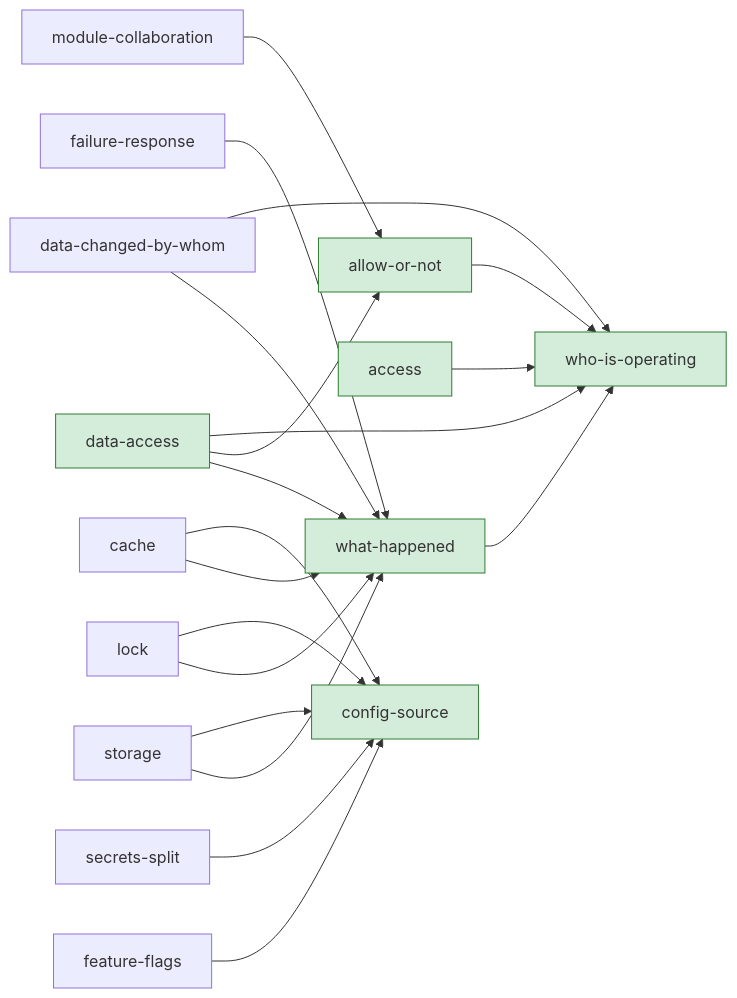
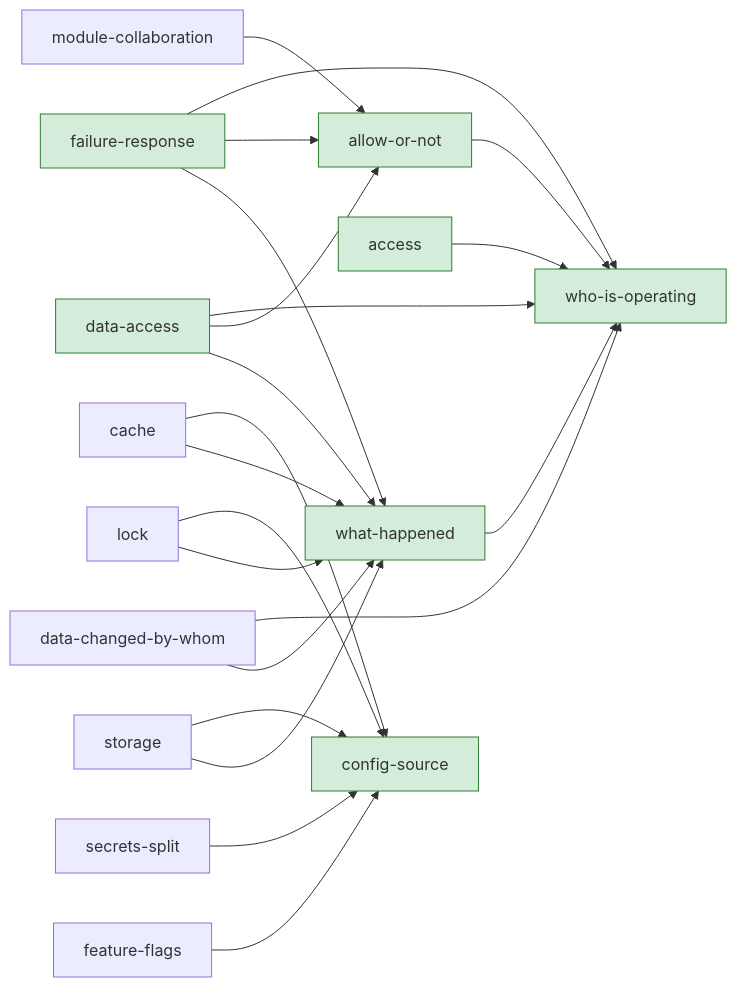
The second of 2 diagrams in docs/architecture/views.md (helloworldtang/leitu), drawn with Mermaid before and after one commit. The commit also changed other lines of this file and 16 other files, not shown here.

Commit message:
feat(core): 失败交代——第七条五件套答案（FailureNotice 交代结构/脱敏默认/判定链对齐；failure-response answered，五条无条件必答齐）

````diff
--- a/docs/architecture/views.md
+++ b/docs/architecture/views.md
@@ -51,28 +51,31 @@
 ```mermaid
 graph LR
   allow-or-not --> who-is-operating
   what-happened --> who-is-operating
+  failure-response --> who-is-operating
+  failure-response --> allow-or-not
   failure-response --> what-happened
   data-changed-by-whom --> who-is-operating
   data-changed-by-whom --> what-happened
   module-collaboration --> allow-or-not
   data-access --> who-is-operating
   data-access --> allow-or-not
   data-access --> what-happened
   access --> who-is-operating
   cache --> config-source
   cache --> what-happened
   lock --> config-source
   lock --> what-happened
   storage --> config-source
   storage --> what-happened
   secrets-split --> config-source
   feature-flags --> config-source
   class config-source answered
   class who-is-operating answered
   class allow-or-not answered
   class what-happened answered
+  class failure-response answered
   class data-access answered
   class access answered
   classDef answered fill:#d4edda,stroke:#2e7d32
 ```
````
